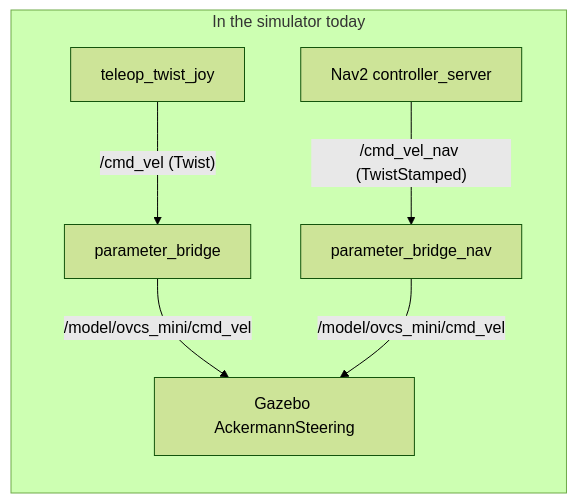
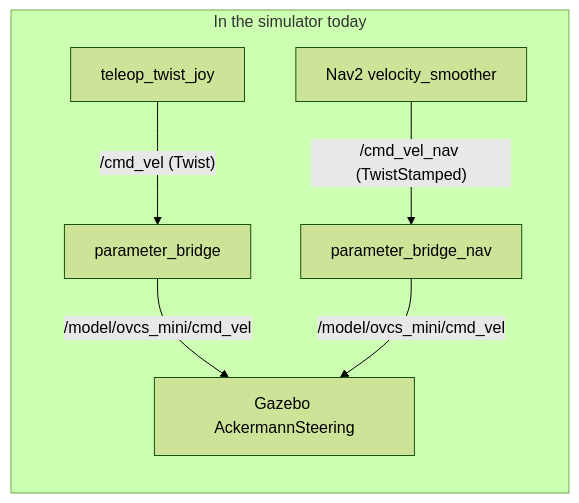
One commit to open-vehicle-control-system/ovcs changed the fourth of 8 diagrams in docs/ros2_integration.md. Above: the diagram before and after it, drawn with Mermaid (forest theme). The commit also changed other lines of this file and 9 other files, not shown here.

First line of the commit message:
feat(nav2): floor the planner's velocity at the VESC's minimum speed

````diff
--- a/docs/ros2_integration.md
+++ b/docs/ros2_integration.md
@@ -284,9 +285,9 @@
 ```mermaid
 flowchart LR
     subgraph today["In the simulator today"]
         teleop["teleop_twist_joy"] -->|"/cmd_vel (Twist)"| bridgeA["parameter_bridge"]
-        nav["Nav2 controller_server"] -->|"/cmd_vel_nav (TwistStamped)"| bridgeB["parameter_bridge_nav"]
+        nav["Nav2 velocity_smoother"] -->|"/cmd_vel_nav (TwistStamped)"| bridgeB["parameter_bridge_nav"]
         bridgeA -->|"/model/ovcs_mini/cmd_vel"| ack["Gazebo AckermannSteering"]
         bridgeB -->|"/model/ovcs_mini/cmd_vel"| ack
     end
 ```
````
